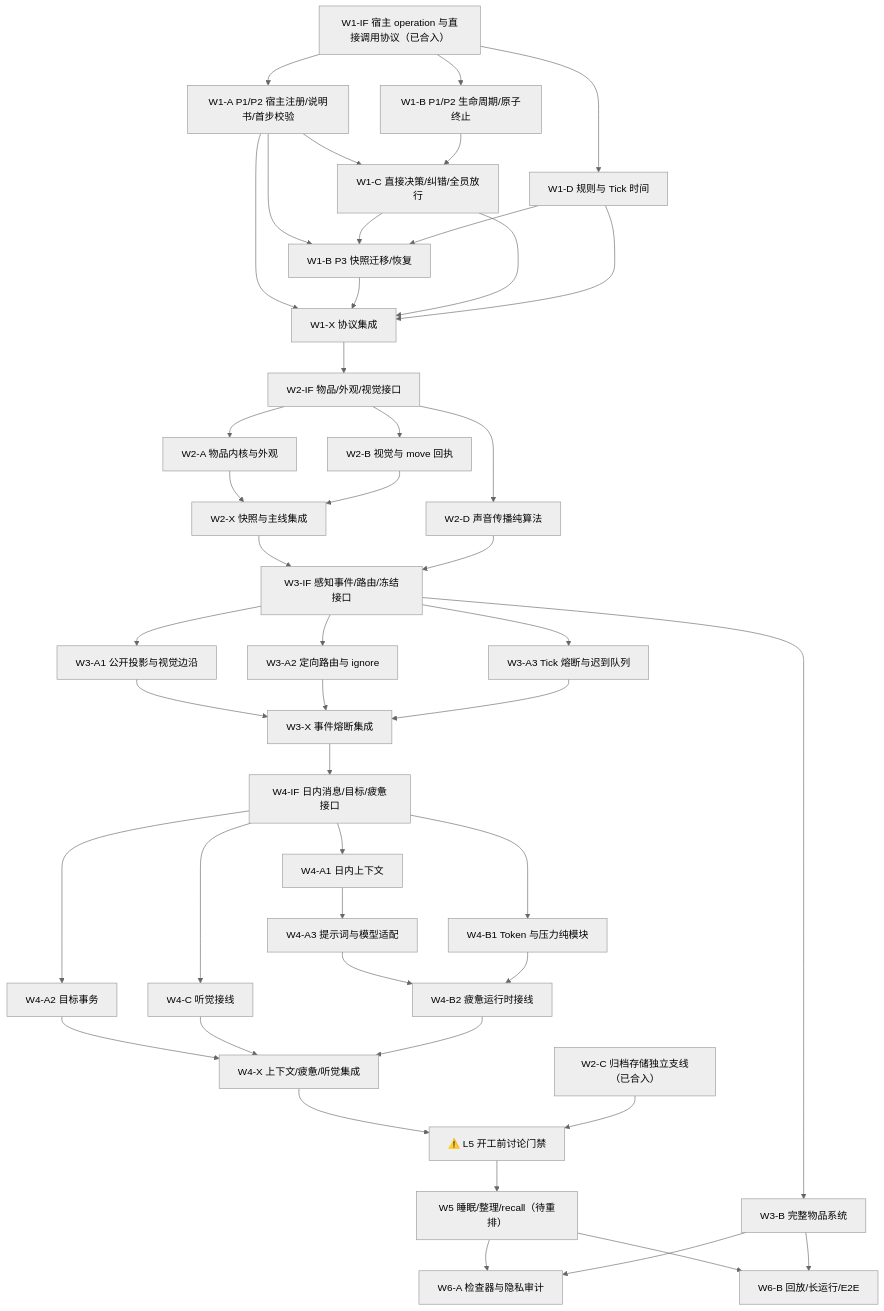
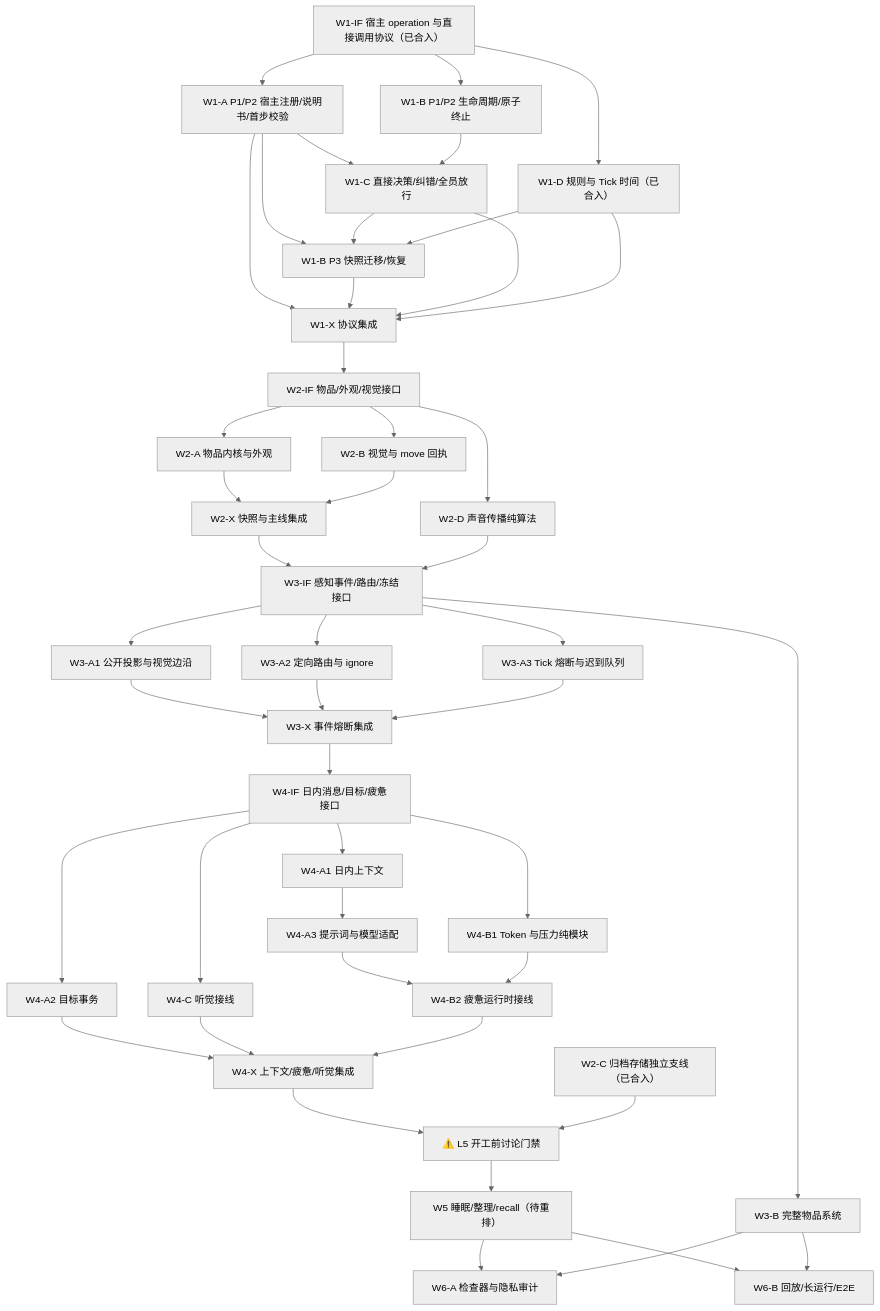
Before and after one commit to mitao-su/GodSimulation: the diagram in docs/architecture/character-context-parallel-waves.md, drawn with Mermaid (neutral theme). The commit also changed other lines of this file and 2 other files, not shown here.

````diff
--- a/docs/architecture/character-context-parallel-waves.md
+++ b/docs/architecture/character-context-parallel-waves.md
@@ -63,53 +63,53 @@
 ```mermaid
 flowchart TB
   W1IF["W1-IF 宿主 operation 与直接调用协议（已合入）"] --> W1A["W1-A P1/P2 宿主注册/说明书/首步校验"]
   W1IF --> W1B12["W1-B P1/P2 生命周期/原子终止"]
-  W1IF --> W1D["W1-D 规则与 Tick 时间"]
+  W1IF --> W1D["W1-D 规则与 Tick 时间（已合入）"]
   W2C["W2-C 归档存储独立支线（已合入）"]
   W1A --> W1C["W1-C 直接决策/纠错/全员放行"]
   W1B12 --> W1C
   W1A --> W1B3["W1-B P3 快照迁移/恢复"]
   W1C --> W1B3
   W1D --> W1B3
   W1A --> W1X["W1-X 协议集成"]
   W1B3 --> W1X
   W1C --> W1X
   W1D --> W1X
 
   W1X --> W2IF["W2-IF 物品/外观/视觉接口"]
   W2IF --> W2A["W2-A 物品内核与外观"]
   W2IF --> W2B["W2-B 视觉与 move 回执"]
   W2IF --> W2D["W2-D 声音传播纯算法"]
   W2A --> W2X["W2-X 快照与主线集成"]
   W2B --> W2X
 
   W2X --> W3IF["W3-IF 感知事件/路由/冻结接口"]
   W2D --> W3IF
   W3IF --> W3A1["W3-A1 公开投影与视觉边沿"]
   W3IF --> W3A2["W3-A2 定向路由与 ignore"]
   W3IF --> W3A3["W3-A3 Tick 熔断与迟到队列"]
   W3IF --> W3B["W3-B 完整物品系统"]
   W3A1 --> W3X["W3-X 事件熔断集成"]
   W3A2 --> W3X
   W3A3 --> W3X
 
   W3X --> W4IF["W4-IF 日内消息/目标/疲惫接口"]
   W4IF --> W4A1["W4-A1 日内上下文"]
   W4IF --> W4A2["W4-A2 目标事务"]
   W4IF --> W4B1["W4-B1 Token 与压力纯模块"]
   W4IF --> W4C["W4-C 听觉接线"]
   W4A1 --> W4A3["W4-A3 提示词与模型适配"]
   W4A3 --> W4B2["W4-B2 疲惫运行时接线"]
   W4B1 --> W4B2
   W4A2 --> W4X["W4-X 上下文/疲惫/听觉集成"]
   W4C --> W4X
   W4B2 --> W4X
 
   W4X --> L5GATE["⚠️ L5 开工前讨论门禁"]
   W2C --> L5GATE
   L5GATE --> W5["W5 睡眠/整理/recall（待重排）"]
   W5 --> W6A["W6-A 检查器与隐私审计"]
   W5 --> W6B["W6-B 回放/长运行/E2E"]
   W3B --> W6A
   W3B --> W6B
 ```
````
